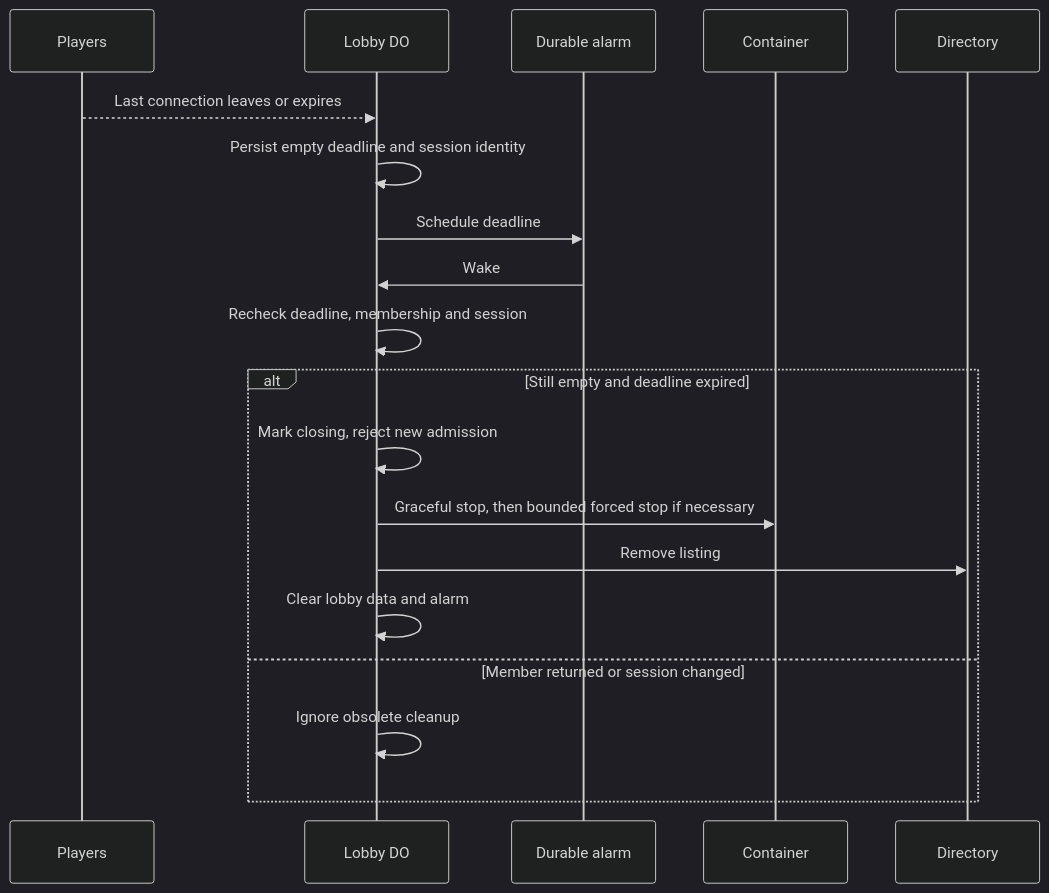
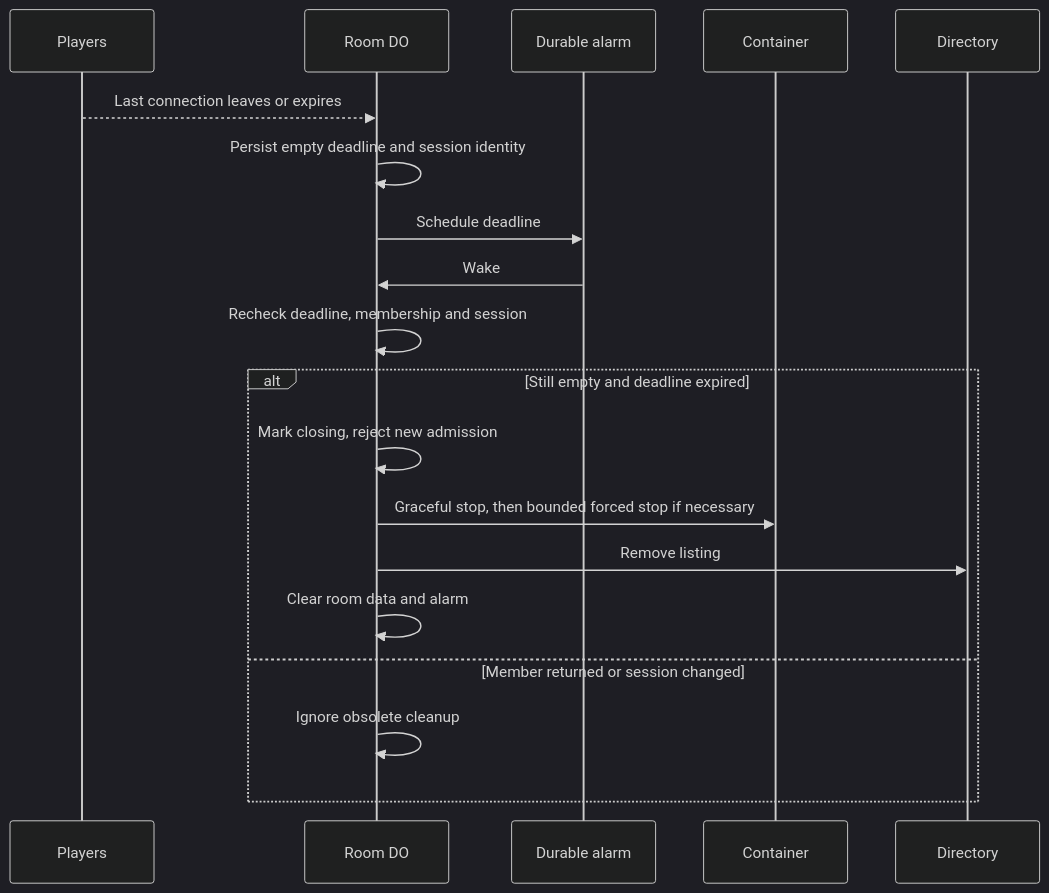
One commit to ediskandarov/rusty-metal-4 changed the fourth of 4 diagrams in docs/cloudflare-architecture.md. Above: the diagram before and after it, drawn with Mermaid (dark theme). The commit also changed other lines of this file and 36 other files, not shown here.

````diff
--- a/docs/cloudflare-architecture.md
+++ b/docs/cloudflare-architecture.md
@@ -90,21 +90,21 @@
 ```mermaid
 sequenceDiagram
     participant P as Players
-    participant L as Lobby DO
+    participant L as Room DO
     participant A as Durable alarm
     participant C as Container
     participant D as Directory
     P-->>L: Last connection leaves or expires
     L->>L: Persist empty deadline and session identity
     L->>A: Schedule deadline
     A->>L: Wake
     L->>L: Recheck deadline, membership and session
     alt Still empty and deadline expired
         L->>L: Mark closing, reject new admission
         L->>C: Graceful stop, then bounded forced stop if necessary
         L->>D: Remove listing
-        L->>L: Clear lobby data and alarm
+        L->>L: Clear room data and alarm
     else Member returned or session changed
         L->>L: Ignore obsolete cleanup
     end
 ```
````
